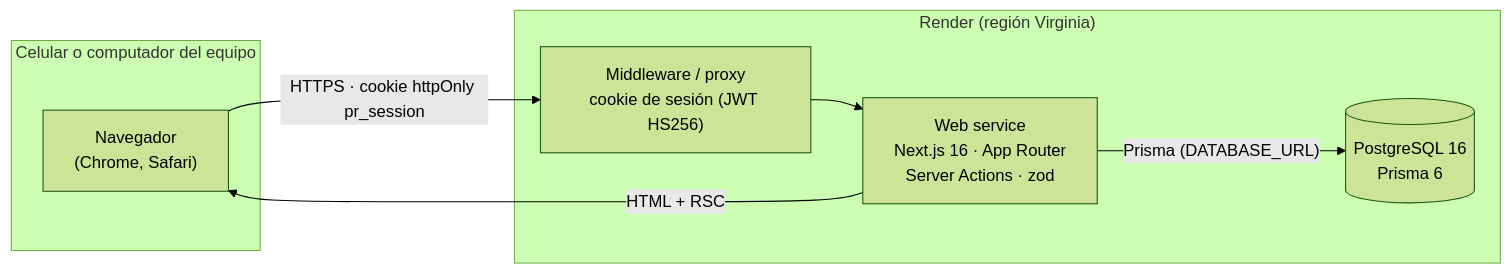
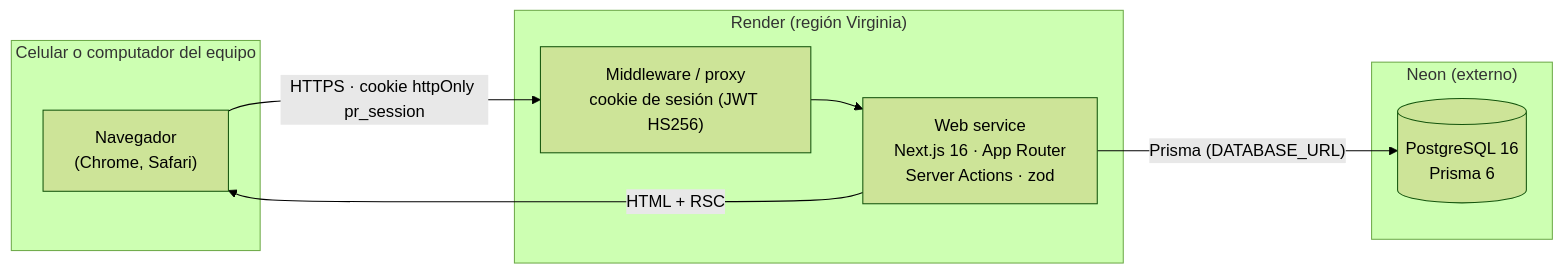
One commit to luiscadn/pulso-renacer changed the diagram in docs/entrega/FICHA-TECNICA.md. Above: the diagram before and after it, drawn with Mermaid (forest theme). The commit also changed other lines of this file and 1 other file, not shown here.

First line of the commit message:
docs(entrega): la base de datos es Neon, no Render

````diff
--- a/docs/entrega/FICHA-TECNICA.md
+++ b/docs/entrega/FICHA-TECNICA.md
@@ -8,14 +8,16 @@
 ```mermaid
 flowchart LR
   subgraph Cliente["Celular o computador del equipo"]
     B["Navegador<br/>(Chrome, Safari)"]
   end
   subgraph Render["Render (región Virginia)"]
     W["Web service<br/>Next.js 16 · App Router<br/>Server Actions · zod"]
     P["Middleware / proxy<br/>cookie de sesión (JWT HS256)"]
+  end
+  subgraph Neon["Neon (externo)"]
     DB[("PostgreSQL 16<br/>Prisma 6")]
   end
   B -- "HTTPS · cookie httpOnly pr_session" --> P --> W
   W -- "Prisma (DATABASE_URL)" --> DB
   W -- "HTML + RSC" --> B
 ```
````
